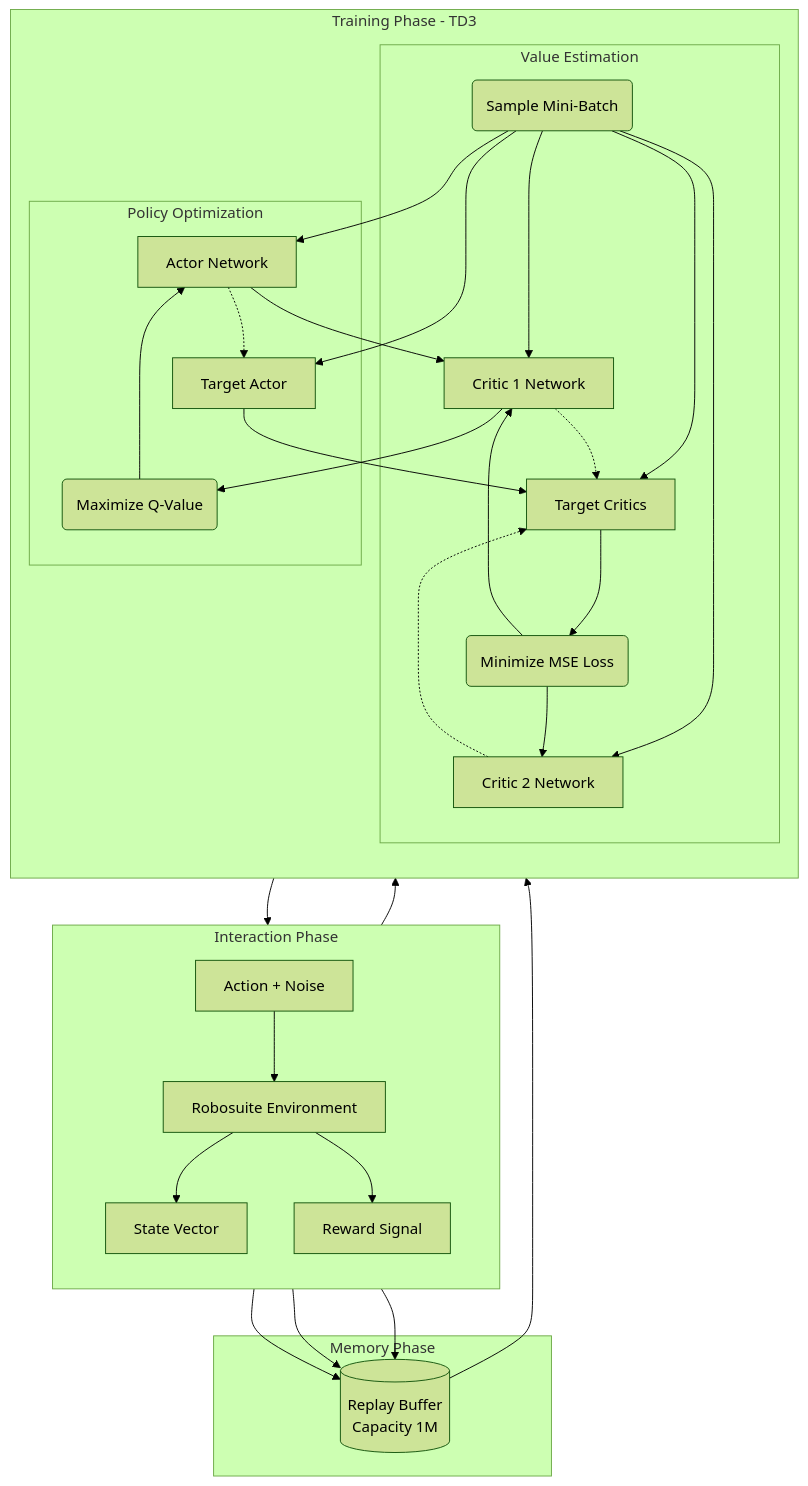
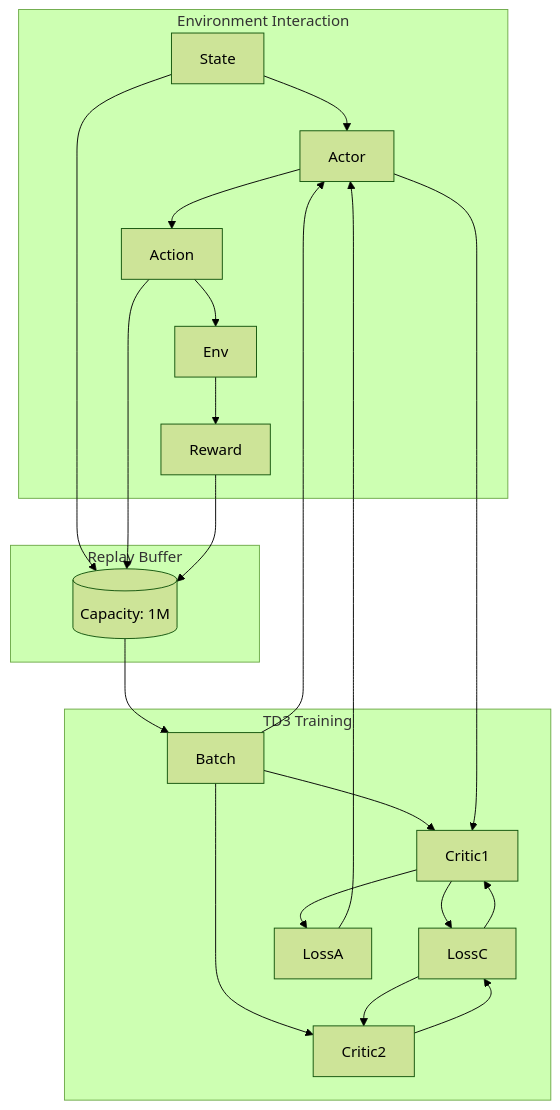
Before and after one commit to ranjitsatpute/Intelligent-Robotic-Arm-Control-via-Reinforcement-Learning: the diagram in README.md, drawn with Mermaid (forest theme). The commit also changed other lines of this file, not shown here.

````diff
--- a/README.md
+++ b/README.md
@@ -91,66 +127,32 @@
 ```mermaid
 graph TD
-    %% 1. INTERACTION LOOP (The "What Happened" Phase)
-    subgraph Environment_Interaction [Interaction Phase]
-        direction TB
-        Env[Robosuite Environment]
-        State[State Vector]
-        Action[Action + Noise]
-        Reward[Reward Signal]
+    subgraph Interaction["Environment Interaction"]
+        State --> Actor
+        Actor --> Action
+        Action --> Env
+        Env --> Reward
     end
 
-    %% 2. MEMORY (The "Remember" Phase)
-    subgraph Memory_System [Memory Phase]
-        Buffer[(Replay Buffer<br>Capacity 1M)]
+    subgraph Memory["Replay Buffer"]
+        Buffer[(Capacity: 1M)]
     end
 
-    %% 3. LEARNING (The "Improve" Phase)
-    subgraph Learning_System [Training Phase - TD3]
-        direction TB
-        
-        subgraph Critic_Setup [Value Estimation]
-            Batch(Sample Mini-Batch)
-            Critic1[Critic 1 Network]
-            Critic2[Critic 2 Network]
-            TargetC[Target Critics]
-            LossC(Minimize MSE Loss)
-        end
-        
-        subgraph Actor_Setup [Policy Optimization]
-            Actor[Actor Network]
-            TargetA[Target Actor]
-            LossA(Maximize Q-Value)
-        end
+    subgraph Learning["TD3 Training"]
+        Batch --> Critic1
+        Batch --> Critic2
+        Critic1 --> LossC
+        Critic2 --> LossC
+        LossC --> Critic1
+        LossC --> Critic2
+
+        Batch --> Actor
+        Actor --> Critic1
+        Critic1 --> LossA
+        LossA --> Actor
     end
-
-    Env --> State
-    State --> Actor
-    Actor --> Action
-    Action --> Env
-    Env --> Reward
 
     State --> Buffer
     Action --> Buffer
     Reward --> Buffer
-
     Buffer --> Batch
-    
-    Batch --> Critic1
-    Batch --> Critic2
-    Batch --> TargetC
-    Batch --> TargetA
-
-    TargetA --> TargetC
-    TargetC --> LossC
-    LossC --> Critic1
-    LossC --> Critic2
-
-    Batch --> Actor
-    Actor --> Critic1
-    Critic1 --> LossA
-    LossA --> Actor
-
-    Actor -.-> TargetA
-    Critic1 -.-> TargetC
-    Critic2 -.-> TargetC
 ```
````
